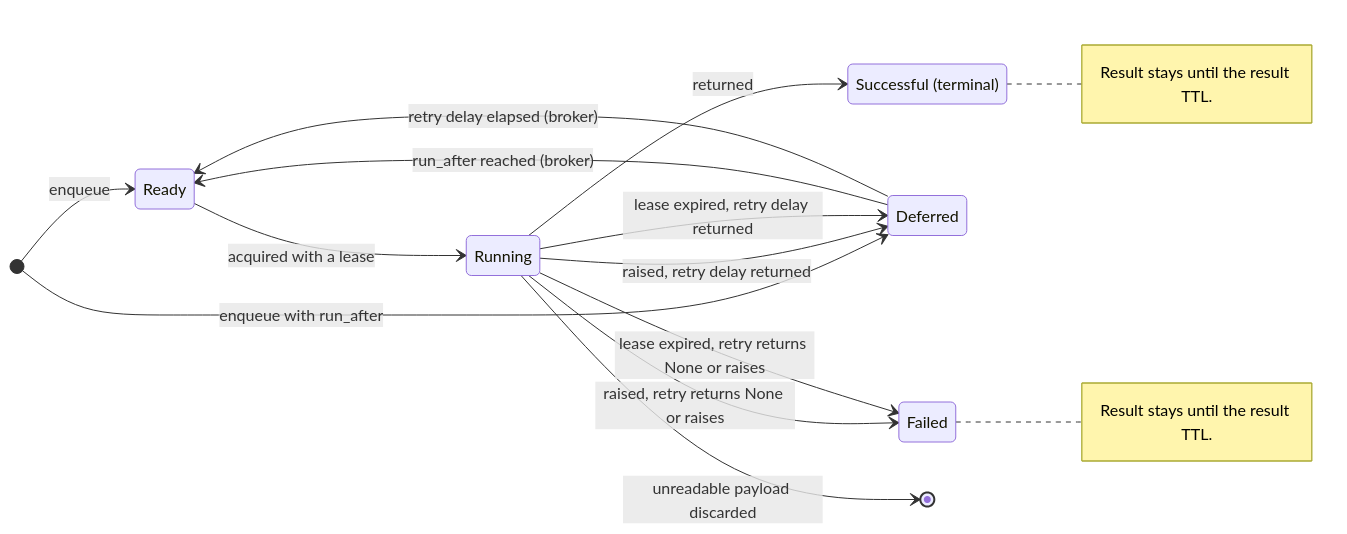
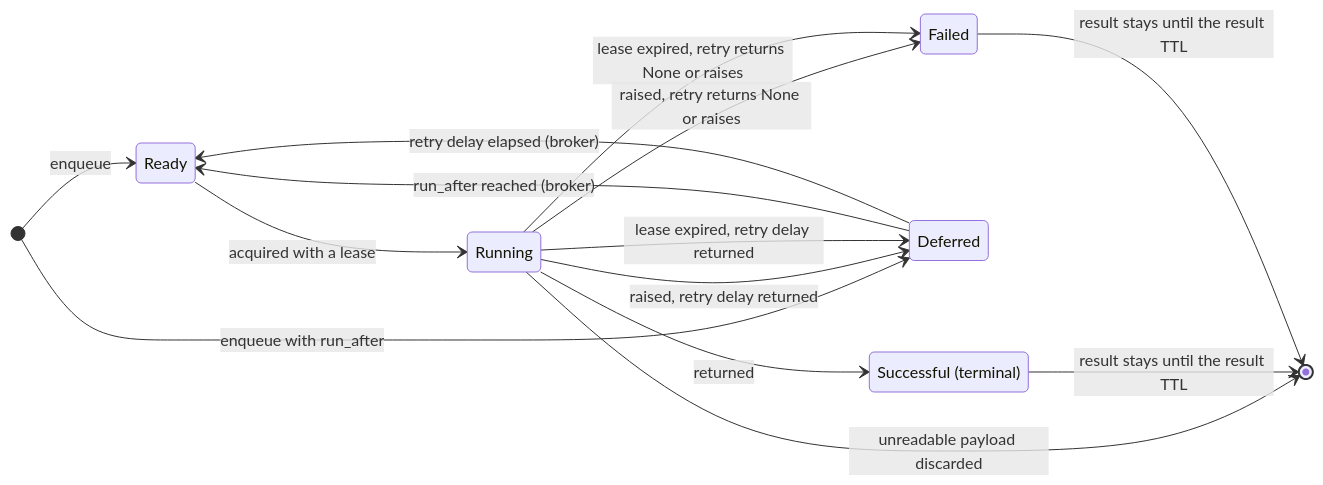
The first of 3 diagrams in CONTRIBUTING.md (codingjoe/threadmill), drawn with Mermaid before and after one commit.

Commit message:
Draw result expiry as terminal FSM transitions

````diff
--- a/CONTRIBUTING.md
+++ b/CONTRIBUTING.md
@@ -28,28 +28,23 @@
 ```mermaid
 stateDiagram-v2
     direction LR
     state "Successful (terminal)" as Successful
 
     [*] --> Ready: enqueue
     [*] --> Deferred: enqueue with run_after
     Deferred --> Ready: run_after reached (broker)
     Ready --> Running: acquired with a lease
 
     Running --> Deferred: raised, retry delay returned
     Running --> Deferred: lease expired, retry delay returned
     Deferred --> Ready: retry delay elapsed (broker)
 
     Running --> Successful: returned
     Running --> Failed: raised, retry returns None or raises
     Running --> Failed: lease expired, retry returns None or raises
 
     Running --> [*]: unreadable payload discarded
 
-    note right of Successful
-        Result stays until the result TTL.
-    end note
-
-    note right of Failed
-        Result stays until the result TTL.
-    end note
+    Successful --> [*]: result stays until the result TTL
+    Failed --> [*]: result stays until the result TTL
 ```
````
